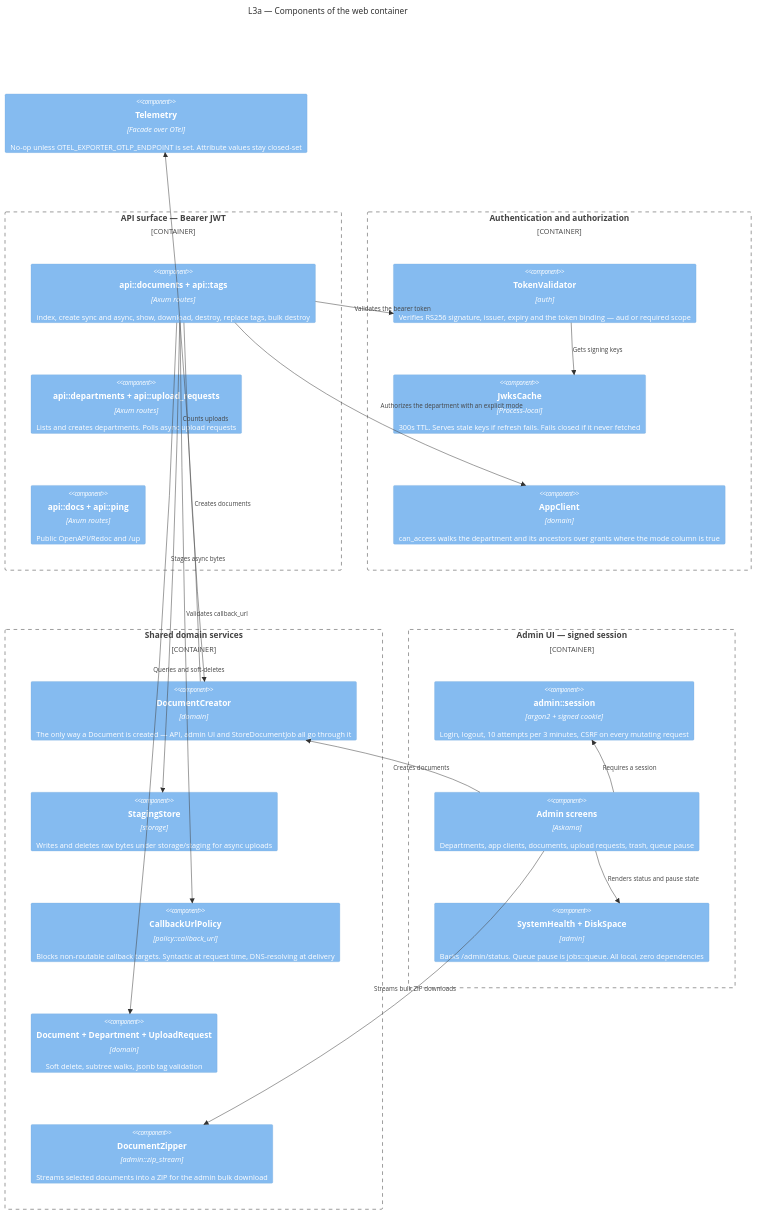
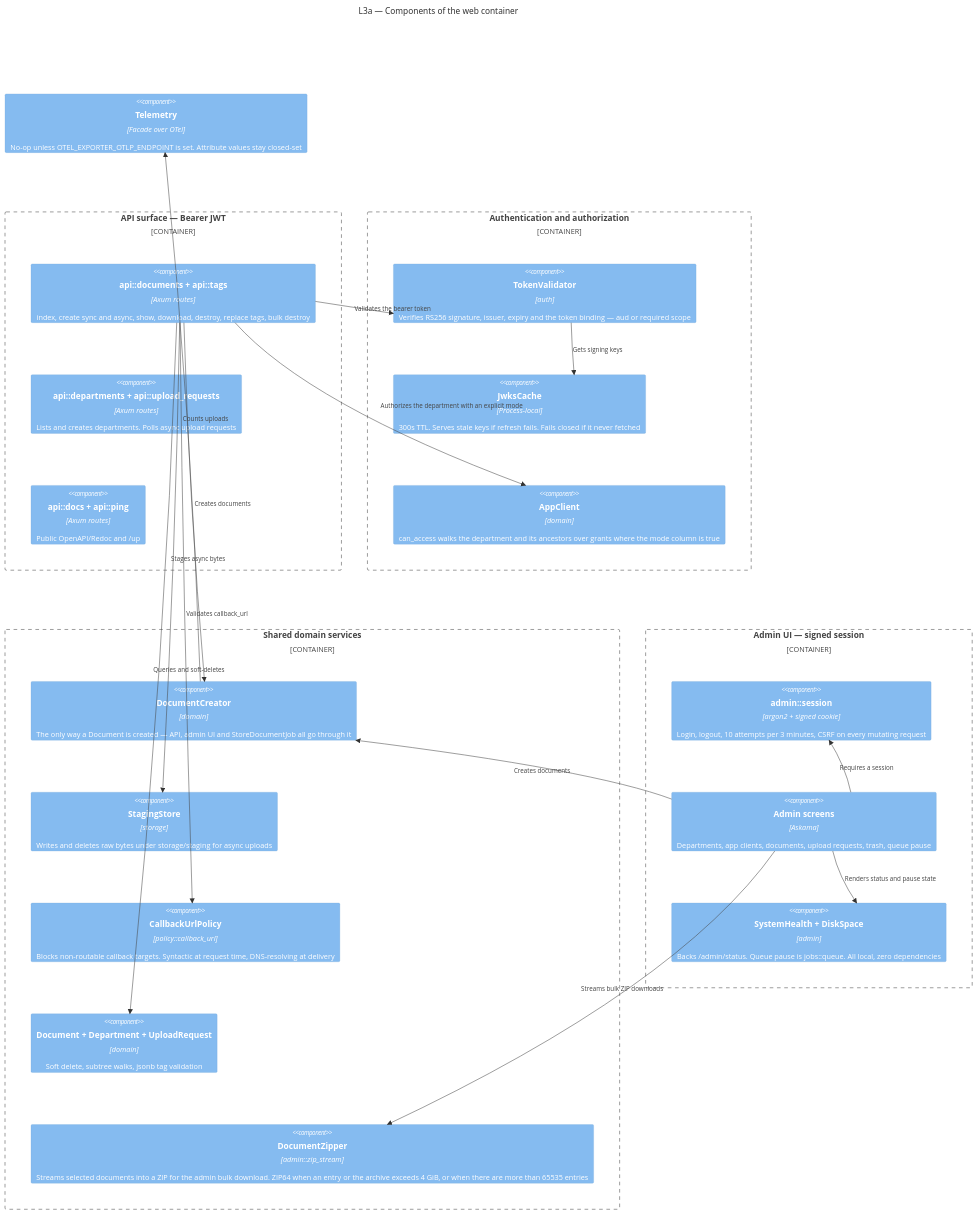
Before and after one commit to maximefourre/ged: the third of 7 diagrams in docs/architecture/c4.md, drawn with Mermaid. The commit also changed other lines of this file and 21 other files, not shown here.

Commit message:
Stream ZIP64 downloads and retire leftover Rails configuration.

````diff
--- a/docs/architecture/c4.md
+++ b/docs/architecture/c4.md
@@ -133,47 +134,47 @@
 ```mermaid
 C4Component
     title L3a — Components of the web container
 
     Container_Boundary(api, "API surface — Bearer JWT") {
         Component(apidocs, "api::documents + api::tags", "Axum routes", "index, create sync and async, show, download, destroy, replace tags, bulk destroy")
         Component(apidept, "api::departments + api::upload_requests", "Axum routes", "Lists and creates departments. Polls async upload requests")
         Component(ping, "api::docs + api::ping", "Axum routes", "Public OpenAPI/Redoc and /up")
     }
 
     Container_Boundary(auth, "Authentication and authorization") {
         Component(validator, "TokenValidator", "auth", "Verifies RS256 signature, issuer, expiry and the token binding — aud or required scope")
         Component(jwks, "JwksCache", "Process-local", "300s TTL. Serves stale keys if refresh fails. Fails closed if it never fetched")
         Component(appclient, "AppClient", "domain", "can_access walks the department and its ancestors over grants where the mode column is true")
     }
 
     Container_Boundary(shared, "Shared domain services") {
         Component(creator, "DocumentCreator", "domain", "The only way a Document is created — API, admin UI and StoreDocumentJob all go through it")
         Component(staging, "StagingStore", "storage", "Writes and deletes raw bytes under storage/staging for async uploads")
         Component(ssrf, "CallbackUrlPolicy", "policy::callback_url", "Blocks non-routable callback targets. Syntactic at request time, DNS-resolving at delivery")
         Component(models, "Document + Department + UploadRequest", "domain", "Soft delete, subtree walks, jsonb tag validation")
-        Component(zipper, "DocumentZipper", "admin::zip_stream", "Streams selected documents into a ZIP for the admin bulk download")
+        Component(zipper, "DocumentZipper", "admin::zip_stream", "Streams selected documents into a ZIP for the admin bulk download. ZIP64 when an entry or the archive exceeds 4 GiB, or when there are more than 65535 entries")
     }
 
     Container_Boundary(adminui, "Admin UI — signed session") {
         Component(adminbase, "admin::session", "argon2 + signed cookie", "Login, logout, 10 attempts per 3 minutes, CSRF on every mutating request")
         Component(adminctl, "Admin screens", "Askama", "Departments, app clients, documents, upload requests, trash, queue pause")
         Component(health, "SystemHealth + DiskSpace", "admin", "Backs /admin/status. Queue pause is jobs::queue. All local, zero dependencies")
     }
 
     Component(telemetry, "Telemetry", "Facade over OTel", "No-op unless OTEL_EXPORTER_OTLP_ENDPOINT is set. Attribute values stay closed-set")
 
     Rel(apidocs, validator, "Validates the bearer token")
     Rel(validator, jwks, "Gets signing keys")
     Rel(apidocs, appclient, "Authorizes the department with an explicit mode")
     Rel(apidocs, creator, "Creates documents")
     Rel(apidocs, staging, "Stages async bytes")
     Rel(apidocs, ssrf, "Validates callback_url")
     Rel(apidocs, models, "Queries and soft-deletes")
     Rel(adminctl, adminbase, "Requires a session")
     Rel(adminctl, creator, "Creates documents")
     Rel(adminctl, health, "Renders status and pause state")
     Rel(adminctl, zipper, "Streams bulk ZIP downloads")
     Rel(creator, telemetry, "Counts uploads")
 
     UpdateLayoutConfig($c4ShapeInRow="3", $c4BoundaryInRow="2")
 ```
````
